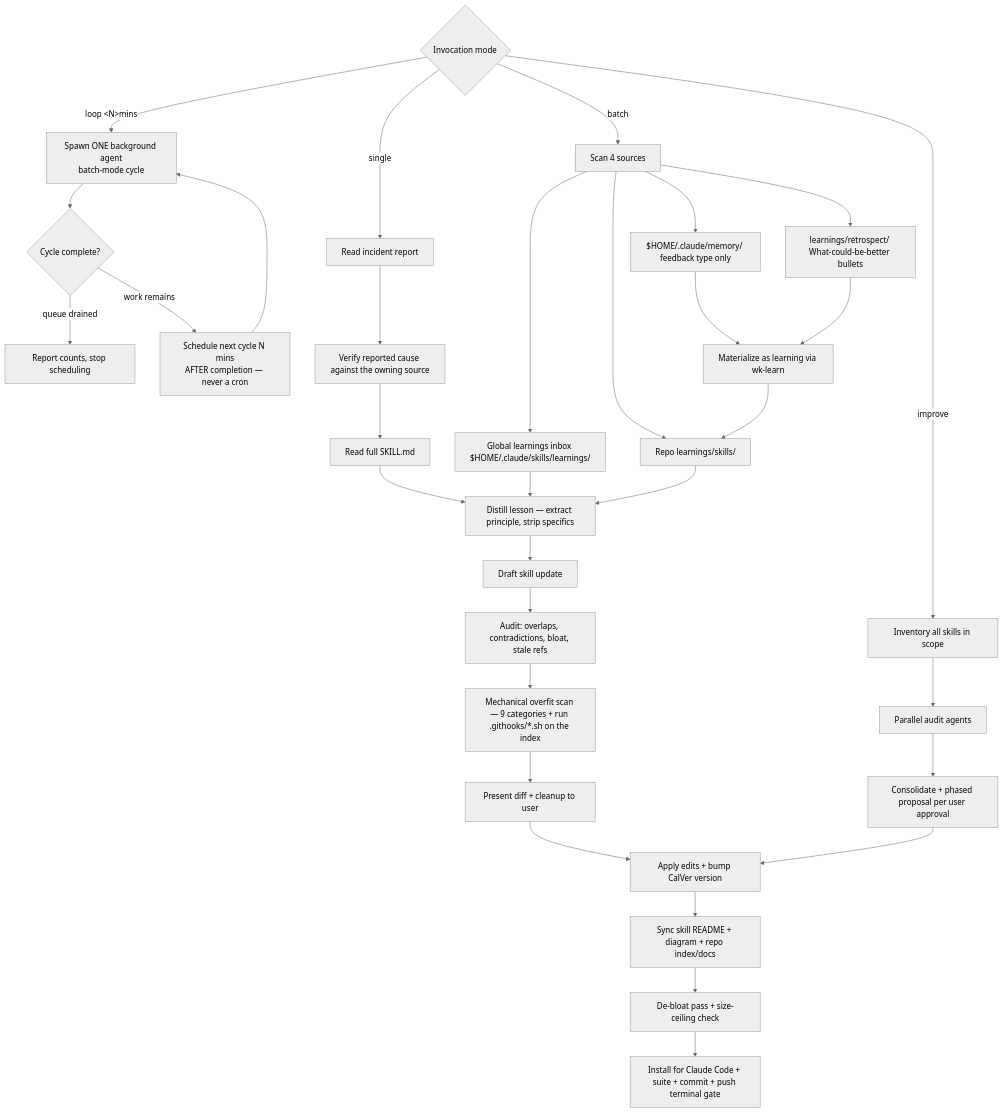
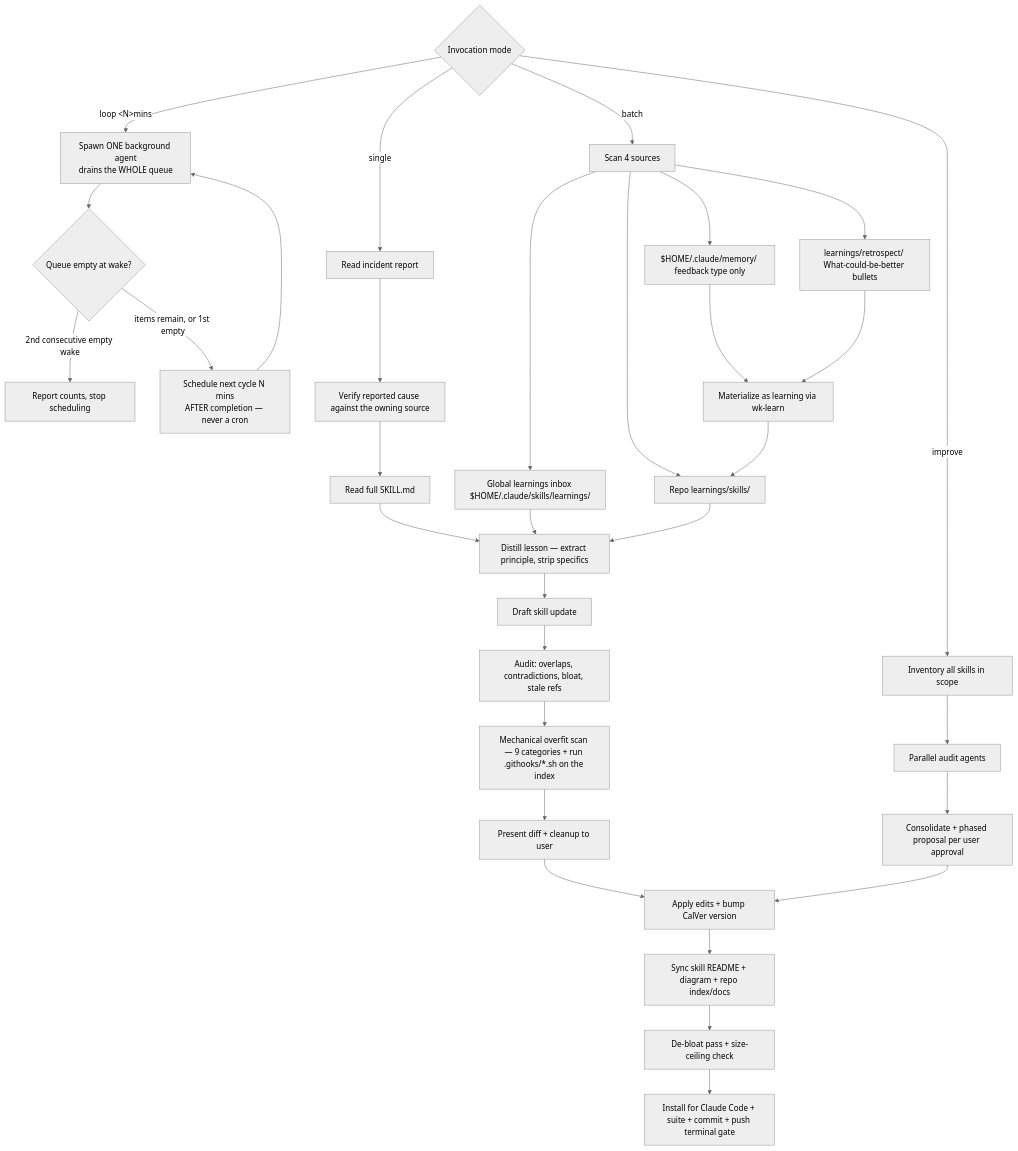
One commit to whizzzkid/skills changed the diagram in skills/sharpen/README.md. Above: the diagram before and after it, drawn with Mermaid (neutral theme). The commit also changed other lines of this file and 2 other files, not shown here.

First line of the commit message:
fix(skills): 🐛 sharpen — a loop cycle drains the queue, not one item

````diff
--- a/skills/sharpen/README.md
+++ b/skills/sharpen/README.md
@@ -16,33 +16,33 @@
 ```mermaid
 flowchart TD
     A{Invocation mode} -->|single| B[Read incident report]
     A -->|batch| G[Scan 4 sources]
     A -->|improve| K[Inventory all skills in scope]
-    A -->|"loop &lt;N&gt;mins"| N1["Spawn ONE background agent<br/>batch-mode cycle"]
-    N1 --> N2{"Cycle complete?"}
-    N2 -->|"queue drained"| N4["Report counts, stop scheduling"]
-    N2 -->|"work remains"| N3["Schedule next cycle N mins<br/>AFTER completion — never a cron"]
+    A -->|"loop &lt;N&gt;mins"| N1["Spawn ONE background agent<br/>drains the WHOLE queue"]
+    N1 --> N2{"Queue empty at wake?"}
+    N2 -->|"2nd consecutive empty wake"| N4["Report counts, stop scheduling"]
+    N2 -->|"items remain, or 1st empty"| N3["Schedule next cycle N mins<br/>AFTER completion — never a cron"]
     N3 --> N1
     B --> B2[Verify reported cause against the owning source]
     B2 --> C[Read full SKILL.md]
     C --> D[Distill lesson — extract principle, strip specifics]
     D --> E[Draft skill update]
     E --> F[Audit: overlaps, contradictions, bloat, stale refs]
     F --> F2[Mechanical overfit scan — 9 categories + run .githooks/*.sh on the index]
     F2 --> P[Present diff + cleanup to user]
     P --> Q[Apply edits + bump CalVer version]
     Q --> Q2[Sync skill README + diagram + repo index/docs]
     Q2 --> R[De-bloat pass + size-ceiling check]
     R --> S["Install for Claude Code + suite + commit + push terminal gate"]
     G --> G1[Global learnings inbox $HOME/.claude/skills/learnings/]
     G --> G2[Repo learnings/skills/]
     G --> G3[$HOME/.claude/memory/ feedback type only]
     G --> G4[learnings/retrospect/ What-could-be-better bullets]
     G3 --> GM[Materialize as learning via wk-learn]
     G4 --> GM
     GM --> G2
     G1 & G2 --> D
     K --> L[Parallel audit agents]
     L --> M[Consolidate + phased proposal per user approval]
     M --> Q
 ```
````
